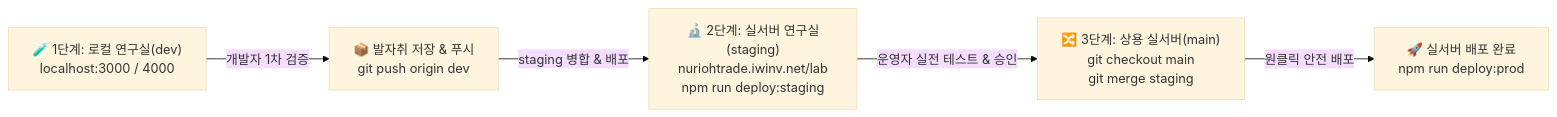
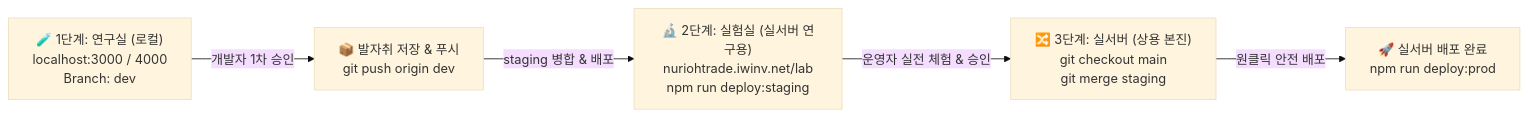
One commit to seunghoKR/upbit-autotrade changed the diagram in LAB_WORKFLOW.md. Above: the diagram before and after it, drawn with Mermaid (base theme). The commit also changed other lines of this file, not shown here.

Commit message:
docs: clarify 3-tier names as 연구실, 실험실, 실서버

````diff
--- a/LAB_WORKFLOW.md
+++ b/LAB_WORKFLOW.md
@@ -22,7 +24,7 @@
 ```mermaid
 graph LR
-    A["🧪 1단계: 로컬 연구실(dev)<br/>localhost:3000 / 4000"] -->|"개발자 1차 검증"| B["📦 발자취 저장 & 푸시<br/>git push origin dev"]
-    B -->|"staging 병합 & 배포"| C["🔬 2단계: 실서버 연구실(staging)<br/>nuriohtrade.iwinv.net/lab<br/>npm run deploy:staging"]
-    C -->|"운영자 실전 테스트 & 승인"| D["🔀 3단계: 상용 실서버(main)<br/>git checkout main<br/>git merge staging"]
+    A["🧪 1단계: 연구실 (로컬)<br/>localhost:3000 / 4000<br/>Branch: dev"] -->|"개발자 1차 승인"| B["📦 발자취 저장 & 푸시<br/>git push origin dev"]
+    B -->|"staging 병합 & 배포"| C["🔬 2단계: 실험실 (실서버 연구용)<br/>nuriohtrade.iwinv.net/lab<br/>npm run deploy:staging"]
+    C -->|"운영자 실전 체험 & 승인"| D["🔀 3단계: 실서버 (상용 본진)<br/>git checkout main<br/>git merge staging"]
     D -->|"원클릭 안전 배포"| E["🚀 실서버 배포 완료<br/>npm run deploy:prod"]
 ```
````
